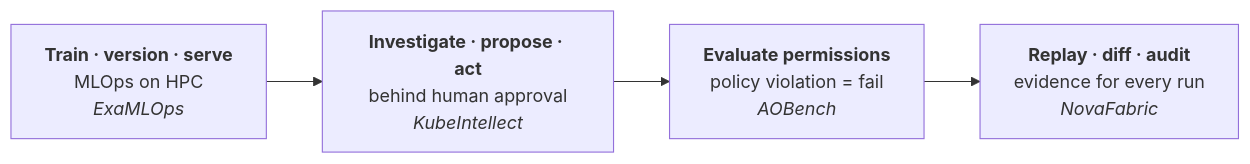
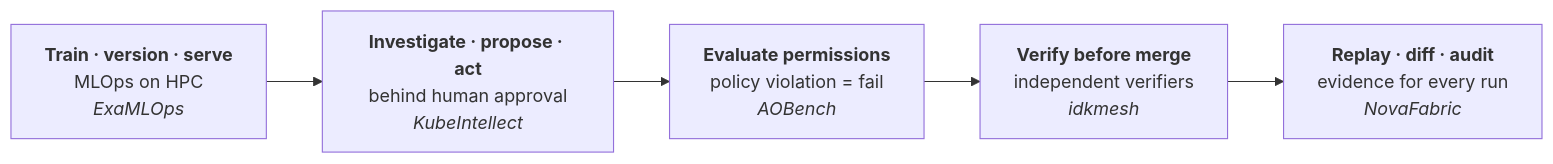
One commit to MSKazemi/mskazemi changed the diagram in README.md. Above: the diagram before and after it, drawn with Mermaid. The commit also changed other lines of this file, not shown here.

Commit message:
feat(profile): promote idkmesh to a flagship proof — AI-agent verification case study and lifecycle stage

````diff
--- a/README.md
+++ b/README.md
@@ -40,6 +40,7 @@
 ```mermaid
 flowchart LR
     A["<b>Train · version · serve</b><br/>MLOps on HPC<br/><i>ExaMLOps</i>"] --> B["<b>Investigate · propose · act</b><br/>behind human approval<br/><i>KubeIntellect</i>"]
     B --> C["<b>Evaluate permissions</b><br/>policy violation = fail<br/><i>AOBench</i>"]
-    C --> D["<b>Replay · diff · audit</b><br/>evidence for every run<br/><i>NovaFabric</i>"]
+    C --> V["<b>Verify before merge</b><br/>independent verifiers<br/><i>idkmesh</i>"]
+    V --> D["<b>Replay · diff · audit</b><br/>evidence for every run<br/><i>NovaFabric</i>"]
 ```
````
